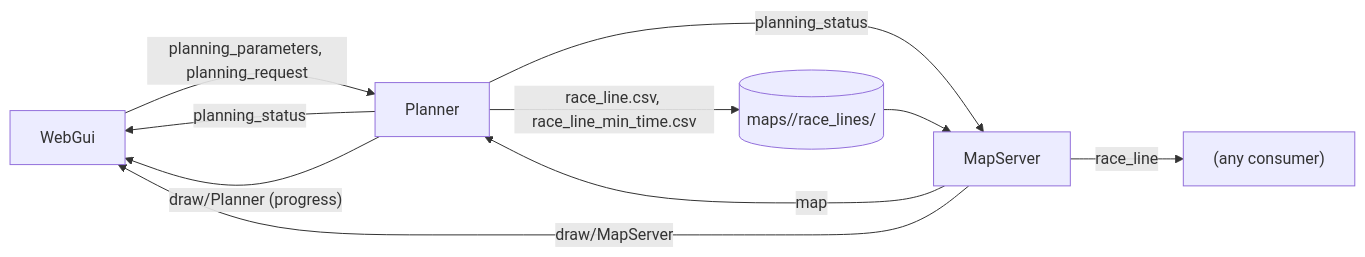
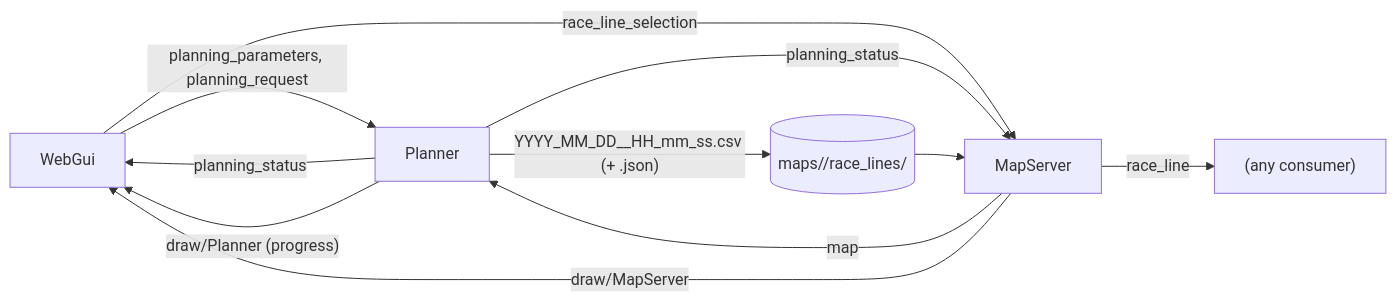
The diagram in documentation/planning.md (Noce99/AuRoRus), drawn with Mermaid before and after one commit. The commit also changed other lines of this file and 29 other files, not shown here.

````diff
--- a/documentation/planning.md
+++ b/documentation/planning.md
@@ -21,12 +21,13 @@
 ```mermaid
 flowchart LR
     W["WebGui"] -- "planning_parameters, planning_request" --> P["Planner"]
+    W -- "race_line_selection" --> M
     P -- "planning_status" --> W
     P -- "planning_status" --> M["MapServer"]
     M -- "map" --> P
-    P -- "race_line.csv, race_line_min_time.csv" --> F[("maps/<map>/race_lines/")]
+    P -- "YYYY_MM_DD__HH_mm_ss.csv (+ .json)" --> F[("maps/<map>/race_lines/")]
     F --> M
     M -- "race_line" --> X["(any consumer)"]
     M -- "draw/MapServer" --> W
     P -- "draw/Planner (progress)" --> W
 ```
````
